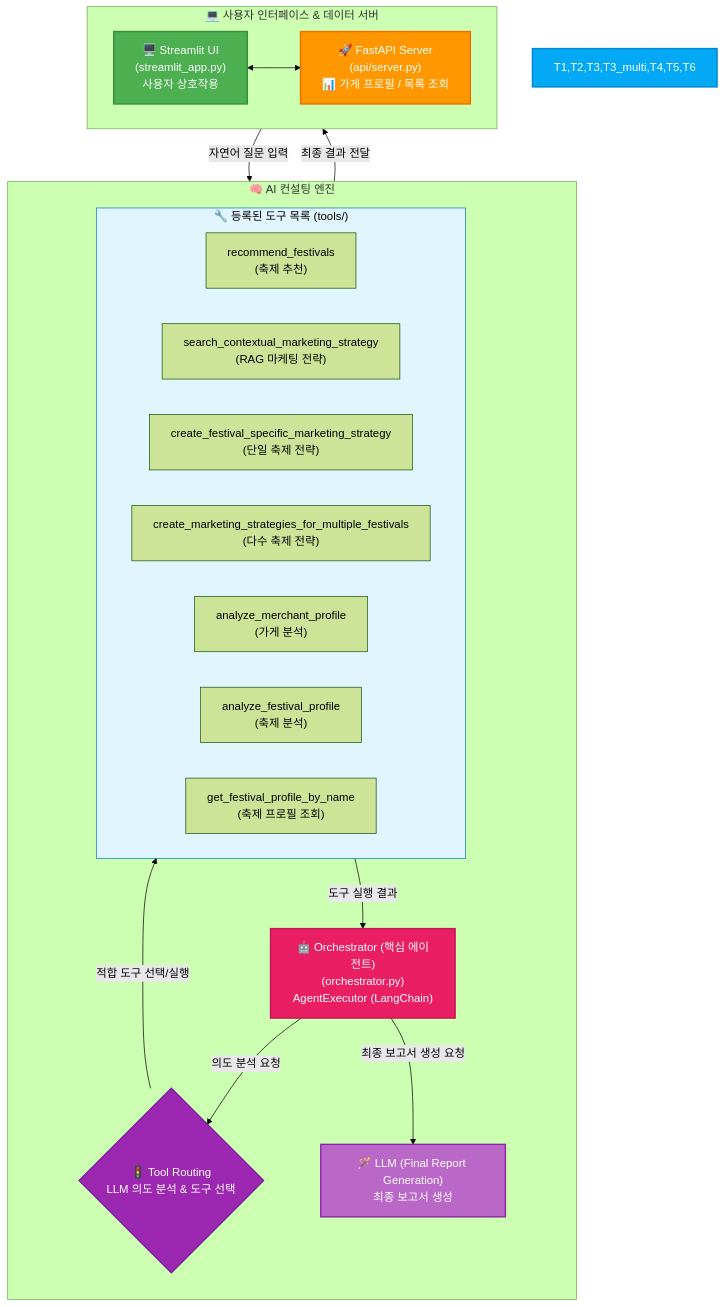
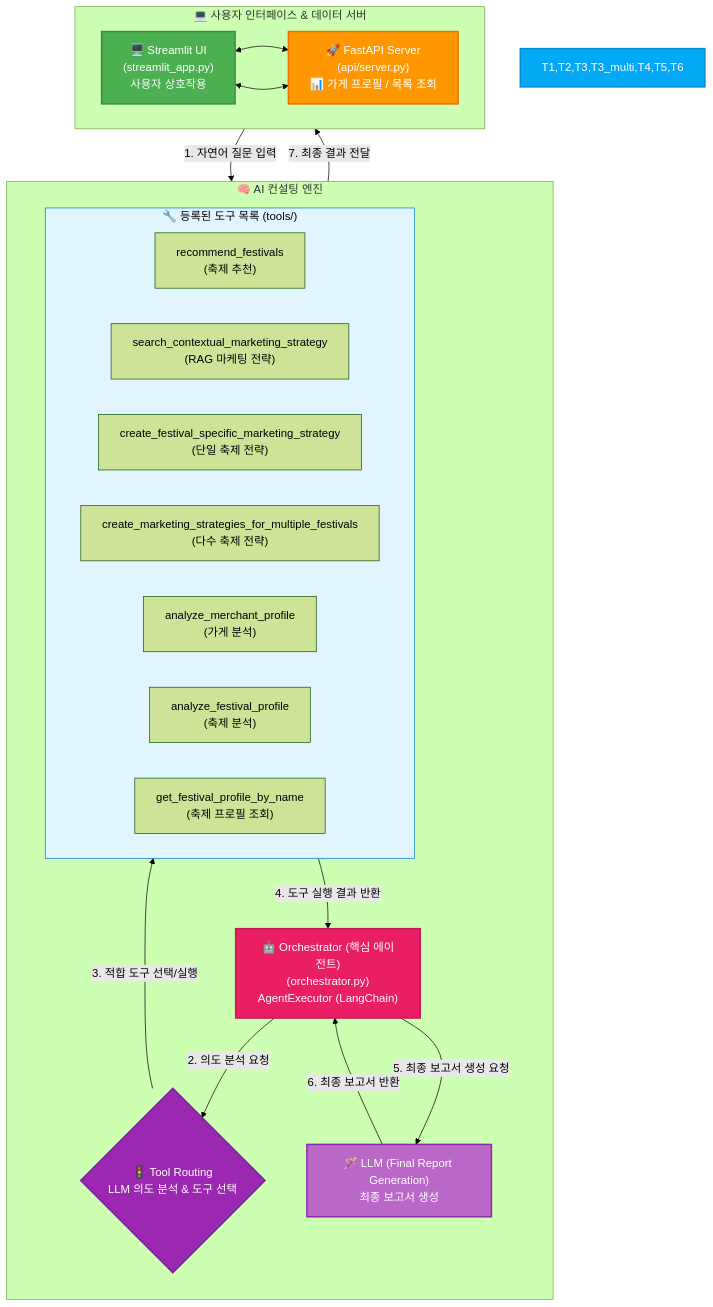
One commit to Synapse-Bigcontest/2025_bigcontest changed the first of 4 diagrams in README.md. Above: the diagram before and after it, drawn with Mermaid (forest theme).

````diff
--- a/README.md
+++ b/README.md
@@ -84,52 +84,59 @@
 ```mermaid
 graph TD
     %% ========================
     %% AI 컨설팅 엔진 (최상단)
     %% ========================
     subgraph SG_Engine ["🧠 AI 컨설팅 엔진"]
         direction TB
         C["🤖 Orchestrator (핵심 에이전트)\n(orchestrator.py)\nAgentExecutor (LangChain)"]
         D{"🚦 Tool Routing\nLLM 의도 분석 & 도구 선택"}
 
         subgraph SG_Tools ["🔧 등록된 도구 목록 (tools/)"]
             T1["recommend_festivals\n(축제 추천)"]
             T2["search_contextual_marketing_strategy\n(RAG 마케팅 전략)"]
             T3["create_festival_specific_marketing_strategy\n(단일 축제 전략)"]
             T3_multi["create_marketing_strategies_for_multiple_festivals\n(다수 축제 전략)"]
             T4["analyze_merchant_profile\n(가게 분석)"]
             T5["analyze_festival_profile\n(축제 분석)"]
             T6["get_festival_profile_by_name\n(축제 프로필 조회)"]
         end
 
         LLM_Final["🪄 LLM (Final Report Generation)\n최종 보고서 생성"]
     end
 
     %% ========================
     %% 사용자 인터페이스 & 데이터 서버 (하단)
     %% ========================
     subgraph SG_UserServer ["💻 사용자 인터페이스 & 데이터 서버"]
         direction LR
         A["🖥️ Streamlit UI\n(streamlit_app.py)\n사용자 상호작용"] <--> B["🚀 FastAPI Server\n(api/server.py)\n📊 가게 프로필 / 목록 조회"]
     end
 
     %% ========================
-    %% 연결 관계 (수정)
+    %% 연결 관계 (수정됨)
+    %% - Orchestrator(C)가 중심이 되도록 흐름 수정
     %% ========================
-    A -- "자연어 질문 입력" --> C
-    C -- "의도 분석 요청" --> D
-    D -- "적합 도구 선택/실행" --> SG_Tools
-    SG_Tools -- "도구 실행 결과" --> C
-    C -- "최종 보고서 생성 요청" --> LLM_Final
-    LLM_Final -- "최종 결과 전달" --> A
+    
+    %% UI와 API 서버는 상호작용
+    A <--> B
+
+    %% 메인 에이전트 흐름
+    A -- "1. 자연어 질문 입력" --> C
+    C -- "2. 의도 분석 요청" --> D
+    D -- "3. 적합 도구 선택/실행" --> SG_Tools
+    SG_Tools -- "4. 도구 실행 결과 반환" --> C
+    C -- "5. 최종 보고서 생성 요청" --> LLM_Final
+    LLM_Final -- "6. 최종 보고서 반환" --> C 
+    C -- "7. 최종 결과 전달" --> A      
 
     %% ========================
     %% 스타일 지정 (GitHub 호환)
     %% ========================
     style A fill:#4CAF50,color:#fff,stroke:#388E3C,stroke-width:2px
     style B fill:#FF9800,color:#fff,stroke:#EF6C00,stroke-width:2px
     style C fill:#E91E63,color:#fff,stroke:#C2185B,stroke-width:2px
     style D fill:#9C27B0,color:#fff,stroke:#7B1FA2,stroke-width:2px,shape:diamond
     style SG_Tools fill:#E1F5FE, stroke:#0277BD,color:#000
     style T1,T2,T3,T3_multi,T4,T5,T6 fill:#03A9F4,color:#fff,stroke:#0288D1,stroke-width:2px,shape:hexagon
     style LLM_Final fill:#BA68C8,color:#fff,stroke:#8E24AA,stroke-width:2px
 ```
````
